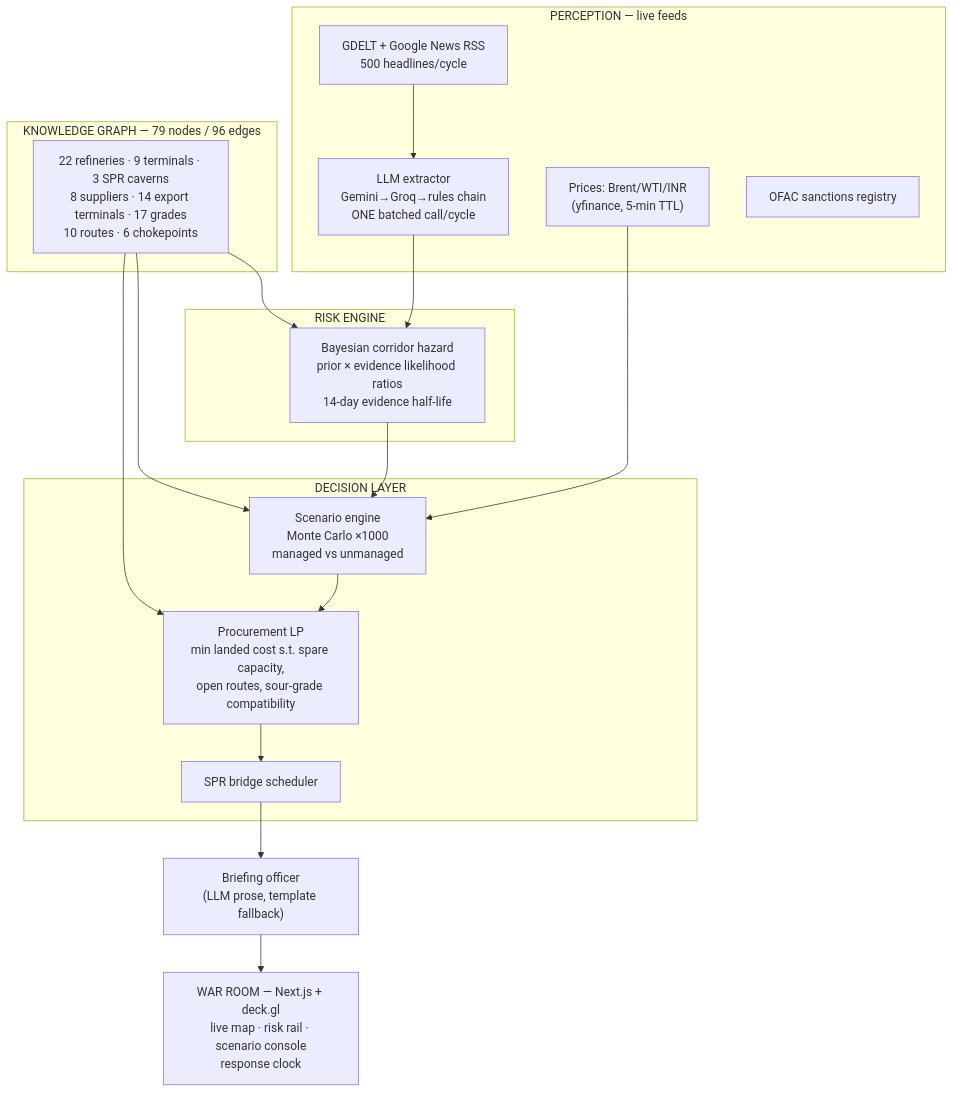
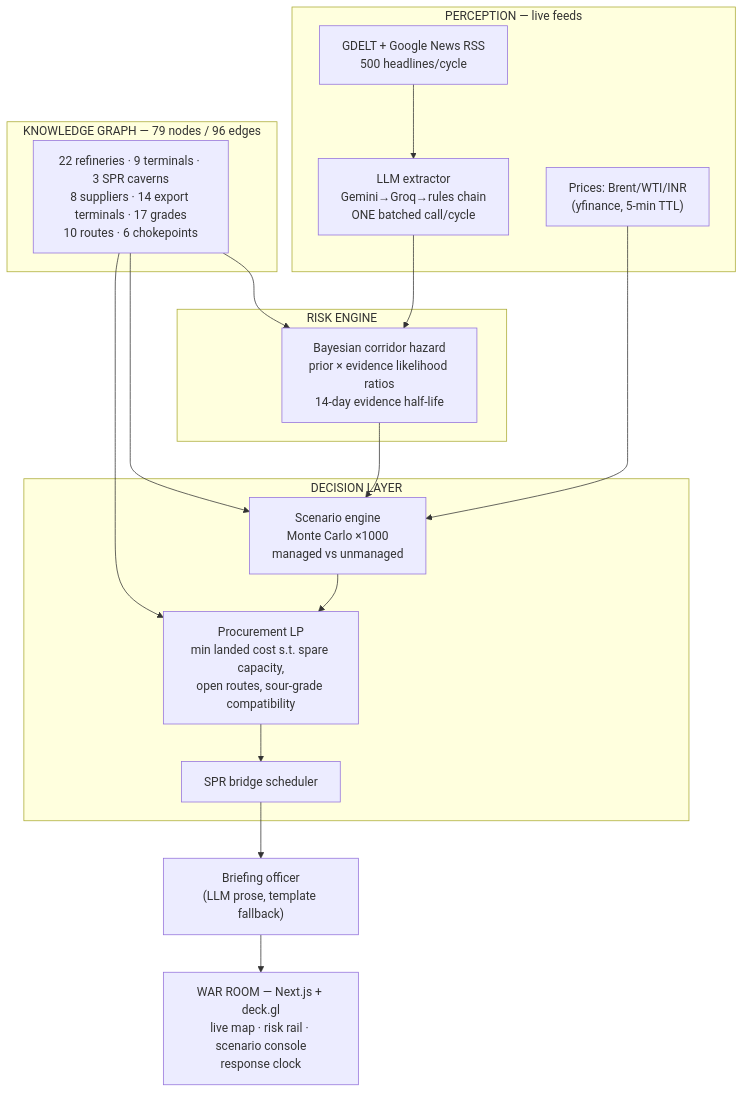
Before and after one commit to anshul23102/argus-energy-resilience: the diagram in README.md, drawn with Mermaid. The commit also changed other lines of this file and 7 other files, not shown here.

````diff
--- a/README.md
+++ b/README.md
@@ -34,29 +35,28 @@
 ```mermaid
 flowchart TB
     subgraph PERCEPTION["PERCEPTION — live feeds"]
         N["GDELT + Google News RSS<br/>500 headlines/cycle"] --> X["LLM extractor<br/>Gemini→Groq→rules chain<br/>ONE batched call/cycle"]
         P["Prices: Brent/WTI/INR<br/>(yfinance, 5-min TTL)"]
-        S["OFAC sanctions registry"]
     end
     subgraph KG["KNOWLEDGE GRAPH — 79 nodes / 96 edges"]
         G["22 refineries · 9 terminals · 3 SPR caverns<br/>8 suppliers · 14 export terminals · 17 grades<br/>10 routes · 6 chokepoints"]
     end
     subgraph BRAIN["RISK ENGINE"]
         B["Bayesian corridor hazard<br/>prior × evidence likelihood ratios<br/>14-day evidence half-life"]
     end
     subgraph DECIDE["DECISION LAYER"]
         MC["Scenario engine<br/>Monte Carlo ×1000<br/>managed vs unmanaged"]
         LP["Procurement LP<br/>min landed cost s.t. spare capacity,<br/>open routes, sour-grade compatibility"]
         SPR["SPR bridge scheduler"]
     end
     X --> B
     G --> B
     G --> MC
     G --> LP
     B --> MC
     MC --> LP
     LP --> SPR
     SPR --> BR["Briefing officer<br/>(LLM prose, template fallback)"]
     BR --> UI["WAR ROOM — Next.js + deck.gl<br/>live map · risk rail · scenario console<br/>response clock"]
     P --> MC
 ```
````
